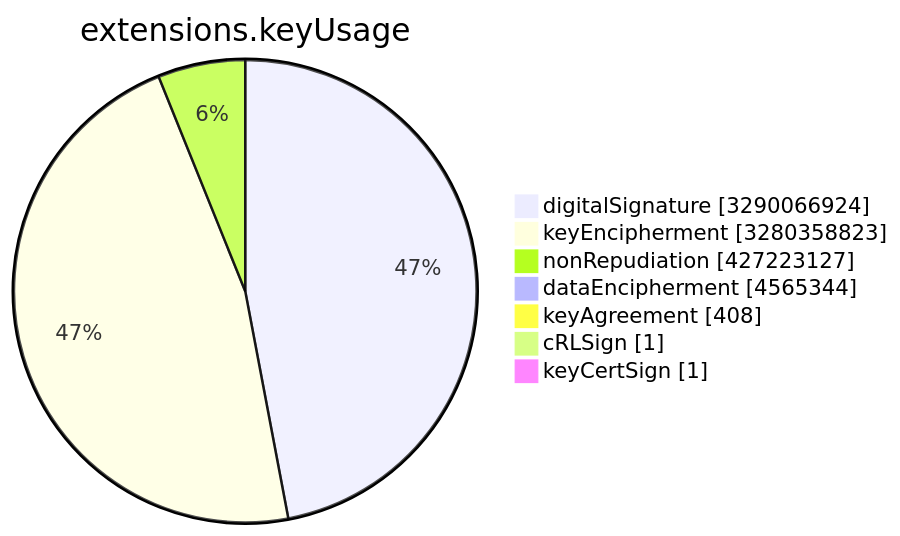
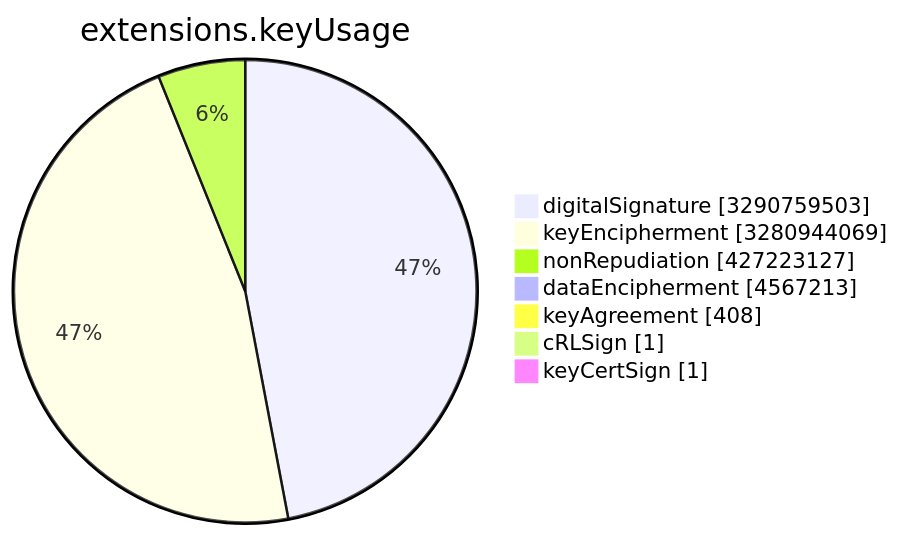
One commit to christiankrug/ctmonitor_visualization changed the sixth of 15 diagrams in TOTAL/README.md. Above: the diagram before and after it, drawn with Mermaid. The commit also changed other lines of this file, not shown here.

````diff
--- a/TOTAL/README.md
+++ b/TOTAL/README.md
@@ -3078,11 +3078,11 @@
 ```mermaid
 pie showData
 title extensions.keyUsage
-"digitalSignature" :3290066924
-"keyEncipherment" :3280358823
+"digitalSignature" :3290759503
+"keyEncipherment" :3280944069
 "nonRepudiation" :427223127
-"dataEncipherment" :4565344
+"dataEncipherment" :4567213
 "keyAgreement" :408
 "cRLSign" :1
 "keyCertSign" :1
 ```
````
